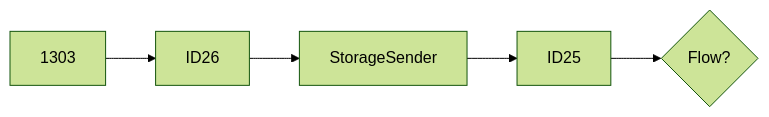
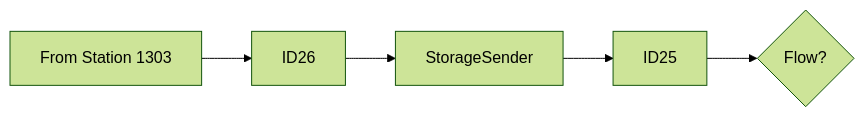
One commit to luthfiadityaa/SimeDarby-Wiki changed the third of 7 diagrams in Basic-Design/DFD-WMS/Retrieval/QC-Setting/Retrieval-for-QC-Start.md. Above: the diagram before and after it, drawn with Mermaid (forest theme). The commit also changed other lines of this file, not shown here.

Commit message:
Updated Retrieval for QC Start

```diff
--- a/Basic-Design/DFD-WMS/Retrieval/QC-Setting/Retrieval-for-QC-Start.md
+++ b/Basic-Design/DFD-WMS/Retrieval/QC-Setting/Retrieval-for-QC-Start.md
@@ -28,5 +28,5 @@
 ::: mermaid
 flowchart LR
   
-P1[1303]-->P2[ID26]-->P3[StorageSender]-->P4[ID25]-->Cond1{Flow?} 
+P1[From Station 1303]-->P2[ID26]-->P3[StorageSender]-->P4[ID25]-->Cond1{Flow?} 
 :::
```
